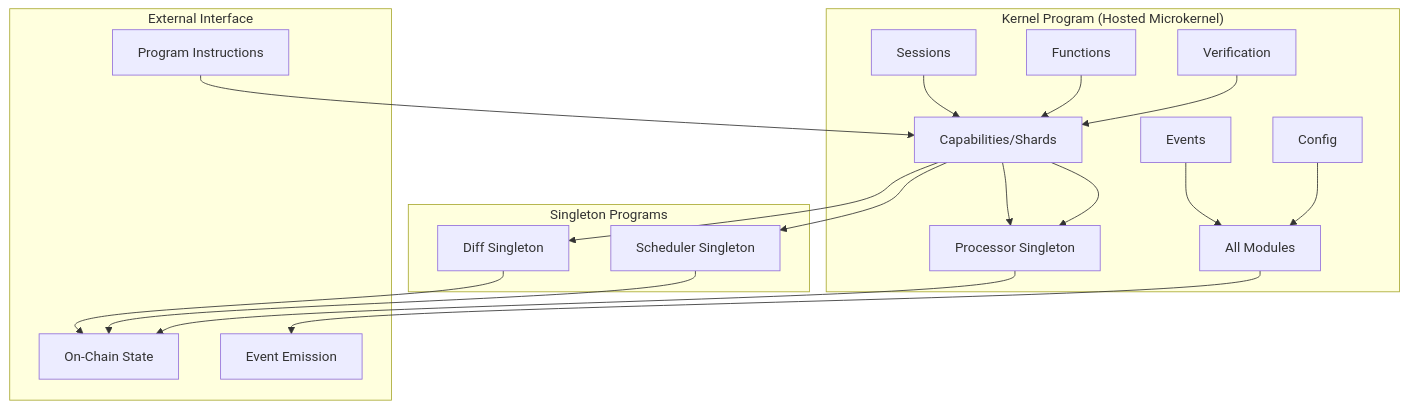
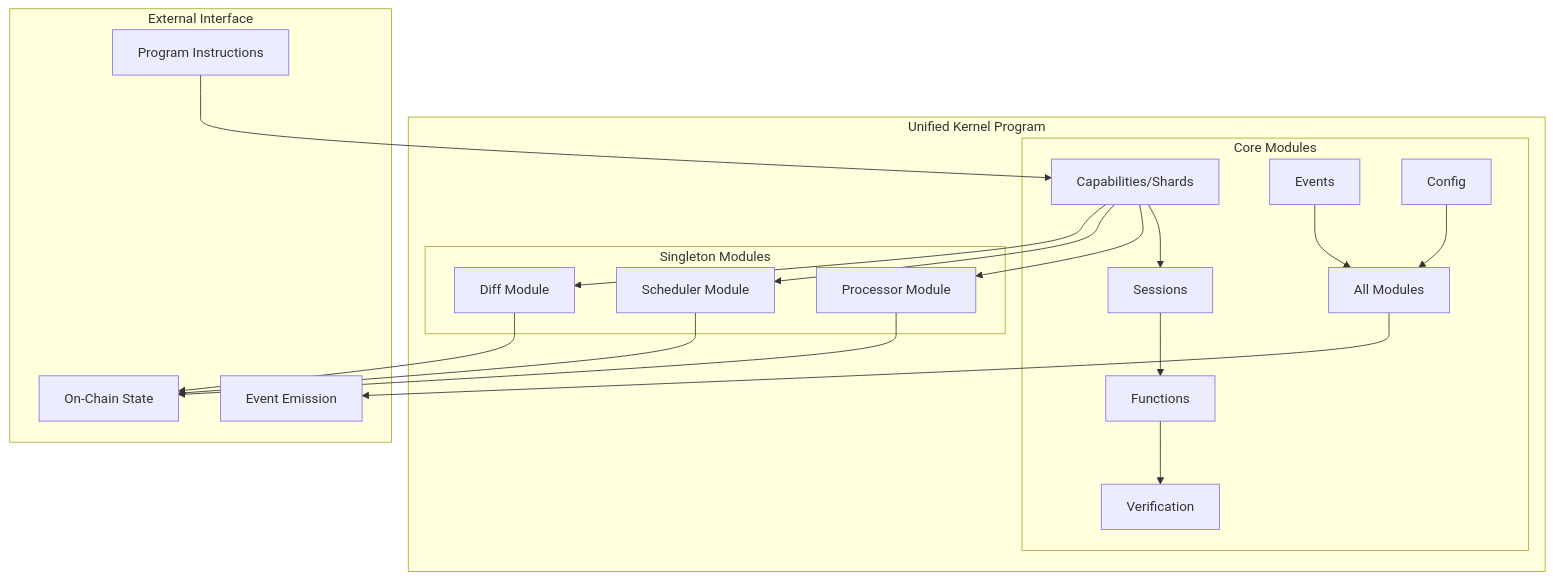
Before and after one commit to timewave-computer/valence-solana: the diagram in docs/001-architecture-overview.md, drawn with Mermaid. The commit also changed other lines of this file and 70 other files, not shown here.

````diff
--- a/docs/001-architecture-overview.md
+++ b/docs/001-architecture-overview.md
@@ -7,32 +7,34 @@
 ```mermaid
 graph TB
-    subgraph "Kernel Program (Hosted Microkernel)"
-        C[Capabilities/Shards] --> P[Processor]
-        S[Sessions] --> C
-        F[Functions] --> C
-        V[Verification] --> C
-        Ev[Events] --> All[All Modules]
-        Config[Config] --> All
-    end
-    
-    subgraph "Singleton Programs"
-        P[Processor Singleton]
-        Sc[Scheduler Singleton]
-        D[Diff Singleton]
+    subgraph "Unified Kernel Program"
+        subgraph "Core Modules"
+            C[Capabilities/Shards] --> S[Sessions]
+            S --> F[Functions]
+            F --> V[Verification]
+            Ev[Events] --> All[All Modules]
+            Config[Config] --> All
+        end
+        
+        subgraph "Singleton Modules"
+            P[Processor Module]
+            Sc[Scheduler Module]
+            D[Diff Module]
+        end
+        
+        C --> P
+        C --> Sc
+        C --> D
     end
     
     subgraph "External Interface"
         API[Program Instructions]
         State[On-Chain State]
         Events[Event Emission]
     end
     
     API --> C
-    C --> P
-    C --> Sc
-    C --> D
     P --> State
     Sc --> State
     D --> State
     All --> Events
 ```
````
